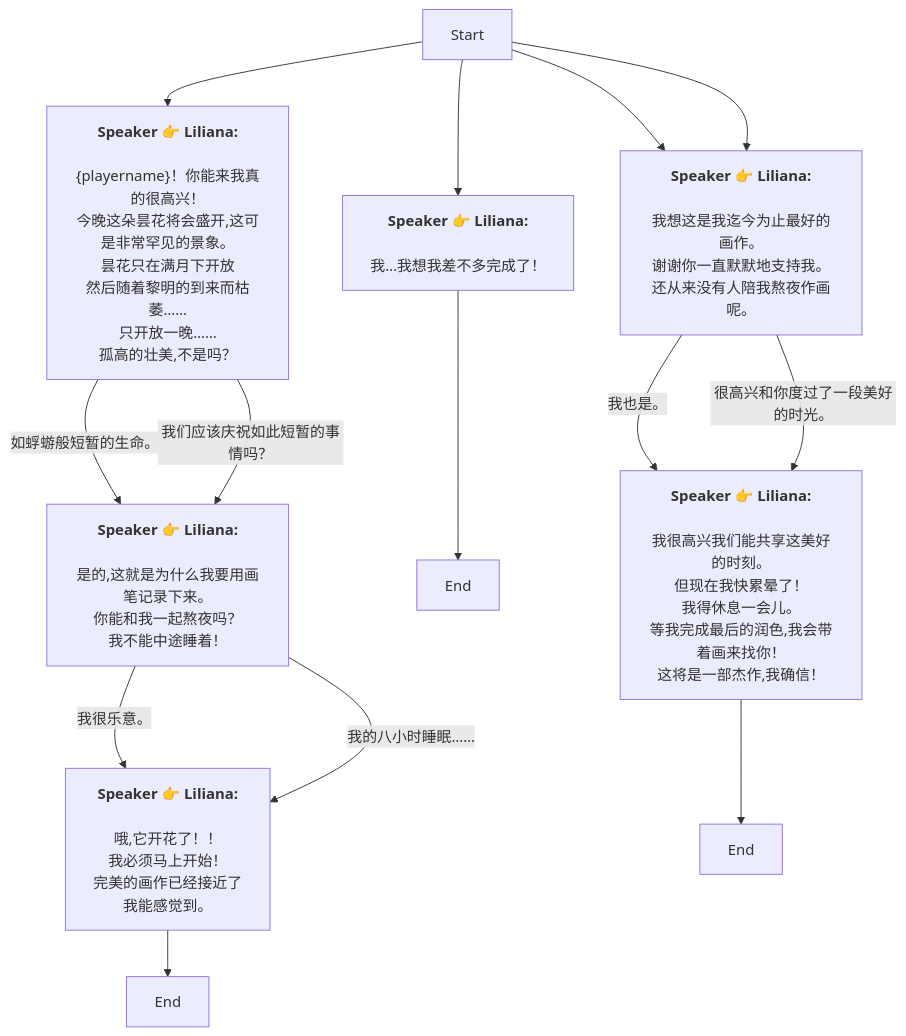
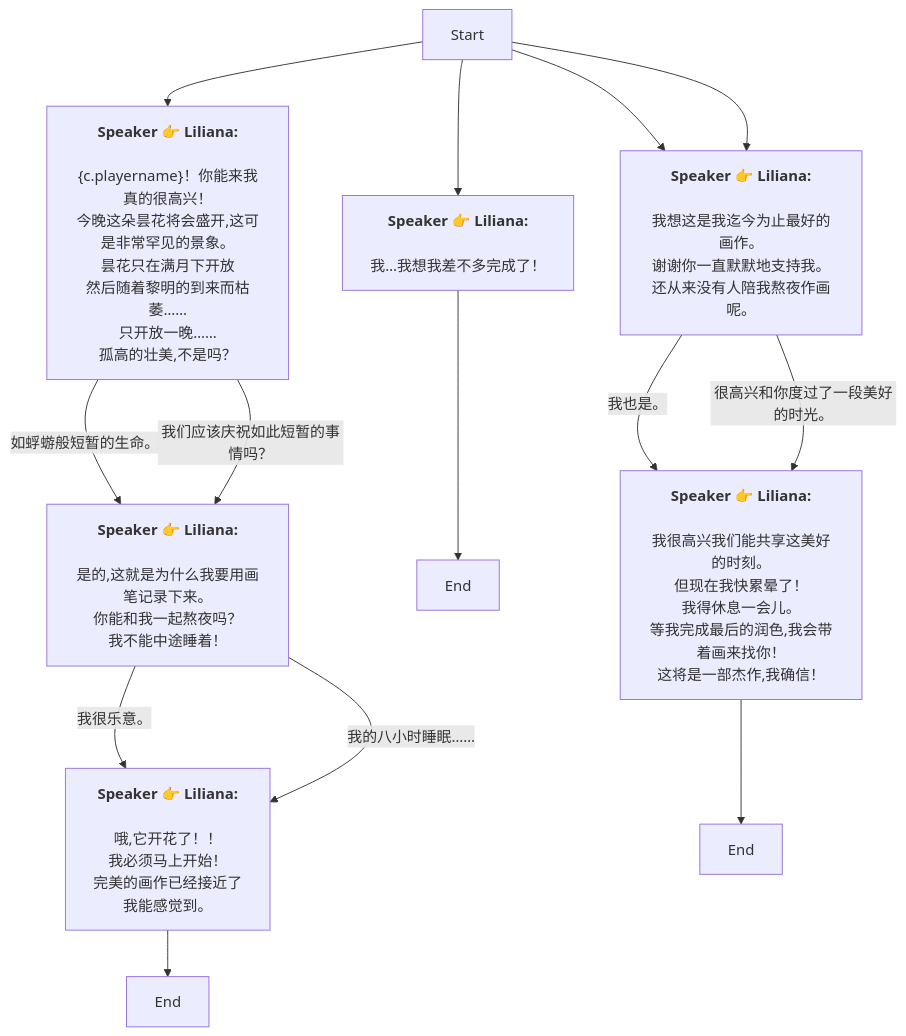
The diagram in Zh/heart_4_2_4_5.md (SoftHu/tos_avg), drawn with Mermaid before and after one commit. The commit also changed 410 other files, not shown here.

````diff
--- a/Zh/heart_4_2_4_5.md
+++ b/Zh/heart_4_2_4_5.md
@@ -1,44 +1,44 @@
 ```mermaid
 graph
 Start -->1768788757562892[<b>Speaker 👉 Liliana:</b>
-\n&lbrace;playername&rbrace;！你能来我真的很高兴！
+\n&lbrace;c.playername&rbrace;！你能来我真的很高兴！
 今晚这朵昙花将会盛开,这可是非常罕见的景象。\n昙花只在满月下开放
 然后随着黎明的到来而枯萎……\n只开放一晚……
 孤高的壮美,不是吗？]
 1768788757562892 -->|如蜉蝣般短暂的生命。|1768788849912340[<b>Speaker 👉 Liliana:</b>
 \n是的,这就是为什么我要用画笔记录下来。\n你能和我一起熬夜吗？
 我不能中途睡着！]
 1768788757562892 -->|我们应该庆祝如此短暂的事情吗？|1768788849912340[<b>Speaker 👉 Liliana:</b>
 \n是的,这就是为什么我要用画笔记录下来。\n你能和我一起熬夜吗？
 我不能中途睡着！]
 1768788849912340 -->|我很乐意。|1768789001263642[<b>Speaker 👉 Liliana:</b>
 \n哦,它开花了！！
 我必须马上开始！\n完美的画作已经接近了
 我能感觉到。]
 1768788849912340 -->|我的八小时睡眠……|1768789001263642[<b>Speaker 👉 Liliana:</b>
 \n哦,它开花了！！
 我必须马上开始！\n完美的画作已经接近了
 我能感觉到。]
 1768789001263642 -->1768789023575579[End]
 Start -->1768789165582878[<b>Speaker 👉 Liliana:</b>
 \n我…我想我差不多完成了！]
 1768789165582878 -->1768789177871903[End]
 Start -->1768789204373025[<b>Speaker 👉 Liliana:</b>
 \n我想这是我迄今为止最好的画作。
 谢谢你一直默默地支持我。\n还从来没有人陪我熬夜作画呢。]
 Start -->1768789204373025[<b>Speaker 👉 Liliana:</b>
 \n我想这是我迄今为止最好的画作。
 谢谢你一直默默地支持我。\n还从来没有人陪我熬夜作画呢。]
 1768789204373025 -->|我也是。|1768789338267180[<b>Speaker 👉 Liliana:</b>
 \n我很高兴我们能共享这美好的时刻。
 但现在我快累晕了！
 我得休息一会儿。\n等我完成最后的润色,我会带着画来找你！
 这将是一部杰作,我确信！]
 1768789204373025 -->|很高兴和你度过了一段美好的时光。|1768789338267180[<b>Speaker 👉 Liliana:</b>
 \n我很高兴我们能共享这美好的时刻。
 但现在我快累晕了！
 我得休息一会儿。\n等我完成最后的润色,我会带着画来找你！
 这将是一部杰作,我确信！]
 1768789338267180 -->1768789376245293[End]
 
 ```
````
